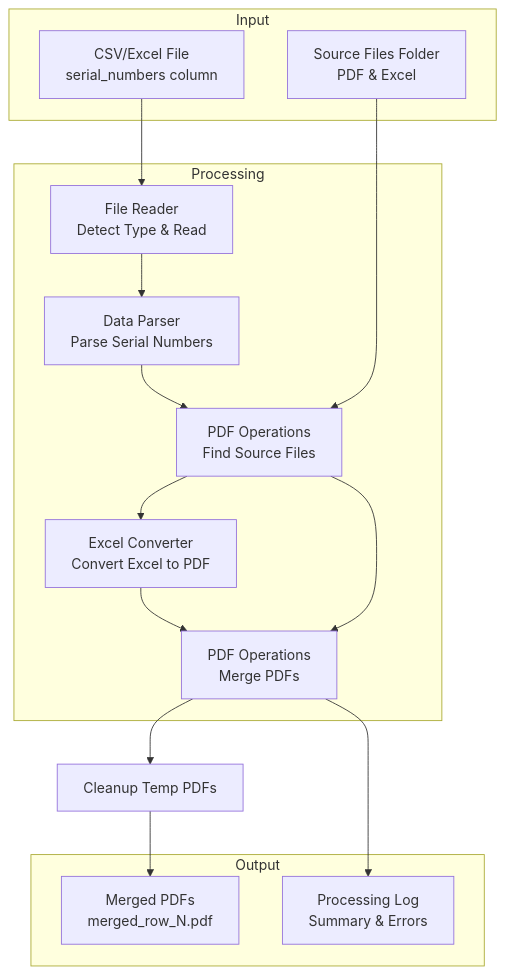
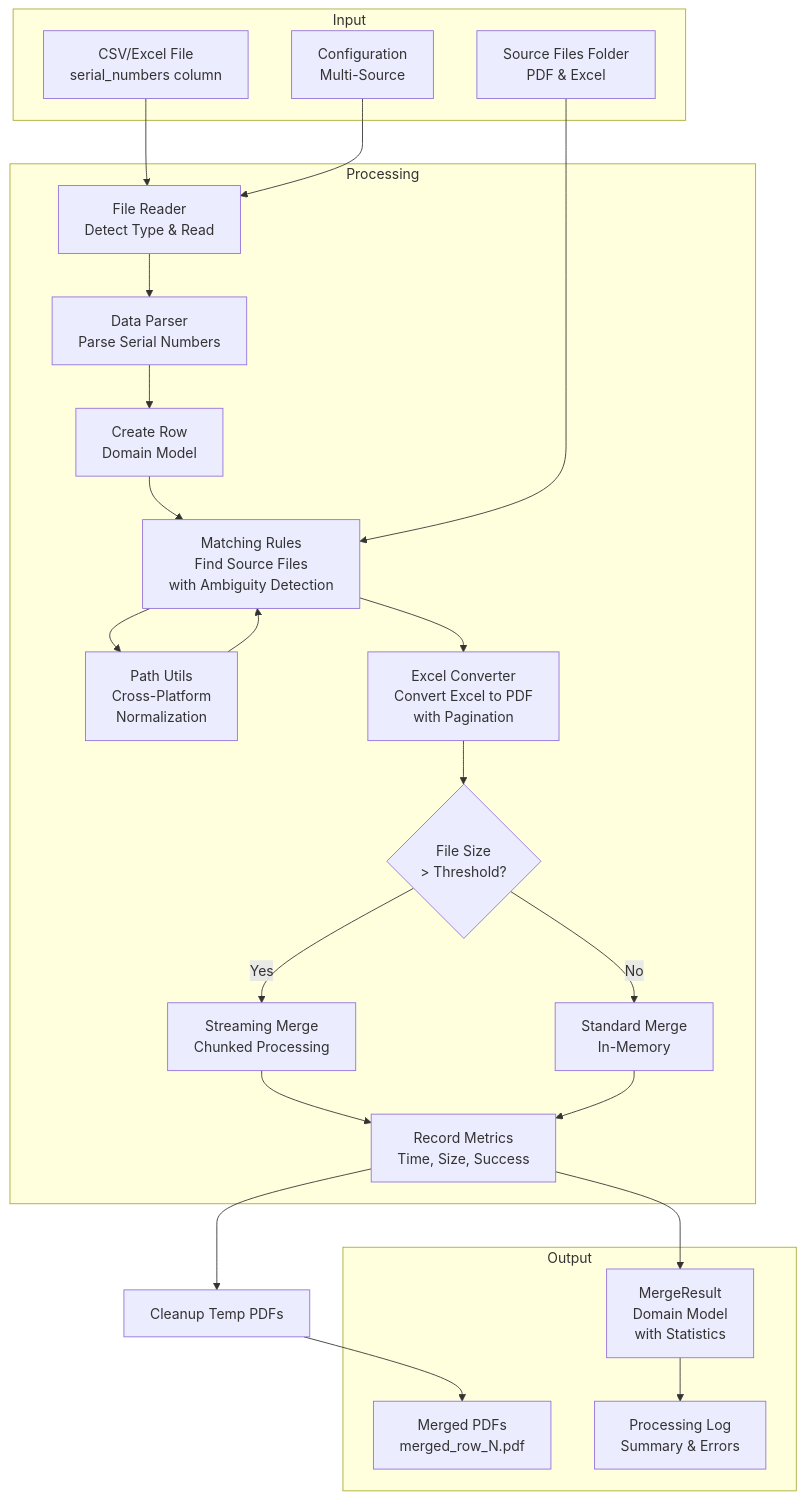
The seventh of 18 diagrams in ARCHITECTURE.md (Yoavsb25/files_unifeder), drawn with Mermaid before and after one commit. The commit also changed other lines of this file and 38 other files, not shown here.

````diff
--- a/ARCHITECTURE.md
+++ b/ARCHITECTURE.md
@@ -364,31 +528,46 @@
 ```mermaid
 graph TB
     subgraph "Input"
         CSV[CSV/Excel File<br/>serial_numbers column]
         SourceFiles[Source Files Folder<br/>PDF & Excel]
+        Config[Configuration<br/>Multi-Source]
     end
     
     subgraph "Processing"
         Read[File Reader<br/>Detect Type & Read]
         Parse[Data Parser<br/>Parse Serial Numbers]
-        Find[PDF Operations<br/>Find Source Files]
-        Convert[Excel Converter<br/>Convert Excel to PDF]
-        Merge[PDF Operations<br/>Merge PDFs]
+        CreateRow[Create Row<br/>Domain Model]
+        Find[Matching Rules<br/>Find Source Files<br/>with Ambiguity Detection]
+        PathUtils[Path Utils<br/>Cross-Platform<br/>Normalization]
+        Convert[Excel Converter<br/>Convert Excel to PDF<br/>with Pagination]
+        CheckSize{File Size<br/>> Threshold?}
+        StreamMerge[Streaming Merge<br/>Chunked Processing]
+        StandardMerge[Standard Merge<br/>In-Memory]
+        Metrics[Record Metrics<br/>Time, Size, Success]
     end
     
     subgraph "Output"
         Merged[Merged PDFs<br/>merged_row_N.pdf]
         Log[Processing Log<br/>Summary & Errors]
+        Results[MergeResult<br/>Domain Model<br/>with Statistics]
     end
     
     CSV --> Read
+    Config --> Read
     Read --> Parse
-    Parse --> Find
+    Parse --> CreateRow
+    CreateRow --> Find
     SourceFiles --> Find
+    Find --> PathUtils
+    PathUtils --> Find
     Find --> Convert
-    Convert --> Merge
-    Find --> Merge
-    Merge --> Cleanup[Cleanup Temp PDFs]
+    Convert --> CheckSize
+    CheckSize -->|Yes| StreamMerge
+    CheckSize -->|No| StandardMerge
+    StreamMerge --> Metrics
+    StandardMerge --> Metrics
+    Metrics --> Cleanup[Cleanup Temp PDFs]
     Cleanup --> Merged
-    Merge --> Log
+    Metrics --> Results
+    Results --> Log
 ```
````
